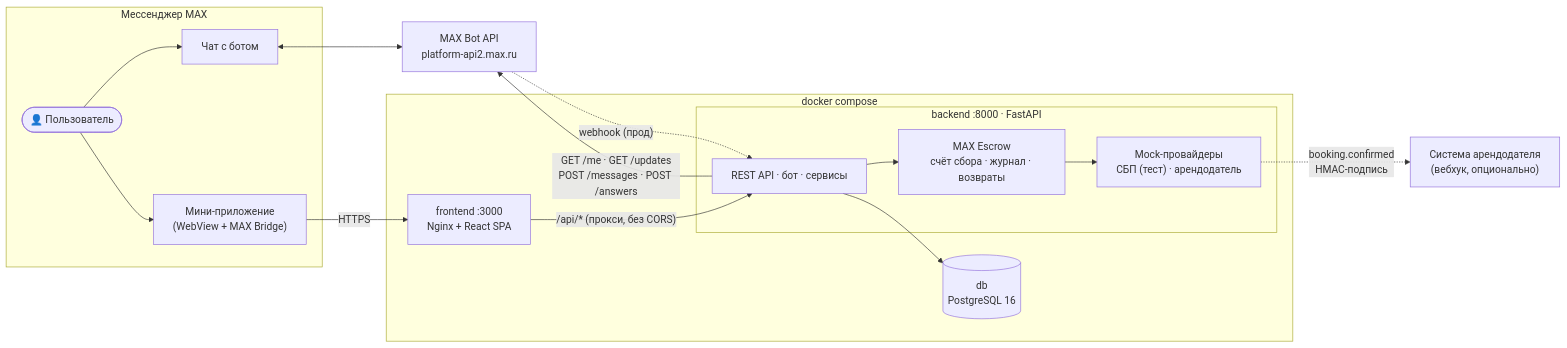
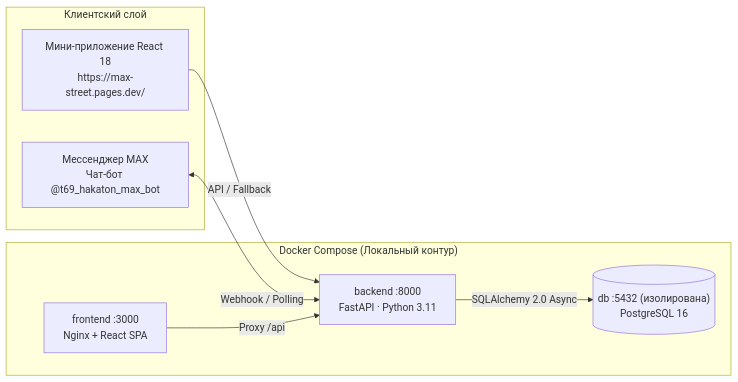
The diagram in README.md (Fufuraziy/max_street), drawn with Mermaid before and after one commit. The commit also changed other lines of this file and 12 other files, not shown here.

````diff
--- a/README.md
+++ b/README.md
@@ -133,30 +46,18 @@
 ```mermaid
 flowchart LR
-    subgraph MAX["Мессенджер MAX"]
-        U(["👤 Пользователь"])
-        CHAT["Чат с ботом"]
-        WV["Мини-приложение<br/>(WebView + MAX Bridge)"]
+    subgraph Client["Клиентский слой"]
+        MAX["Мессенджер MAX<br/>Чат-бот @t69_hakaton_max_bot"]
+        WEB["Мини-приложение React 18<br/>https://max-street.pages.dev/"]
     end
-    API["MAX Bot API<br/>platform-api2.max.ru"]
-    subgraph DC["docker compose"]
+
+    subgraph Compose["Docker Compose (Локальный контур)"]
         FE["frontend :3000<br/>Nginx + React SPA"]
-        subgraph BE["backend :8000 · FastAPI"]
-            SVC["REST API · бот · сервисы"]
-            ESC["MAX Escrow<br/>счёт сбора · журнал · возвраты"]
-            MOCK["Mock-провайдеры<br/>СБП (тест) · арендодатель"]
-        end
-        DB[("db<br/>PostgreSQL 16")]
+        BE["backend :8000<br/>FastAPI · Python 3.11"]
+        DB[("db :5432 (изолирована)<br/>PostgreSQL 16")]
     end
-    LAND["Система арендодателя<br/>(вебхук, опционально)"]
-    U --> CHAT
-    U --> WV
-    CHAT <--> API
-    SVC -- "GET /me · GET /updates<br/>POST /messages · POST /answers" --> API
-    API -. "webhook (прод)" .-> SVC
-    WV -- "HTTPS" --> FE
-    FE -- "/api/* (прокси, без CORS)" --> SVC
-    SVC --> ESC
-    ESC --> MOCK
-    MOCK -. "booking.confirmed<br/>HMAC-подпись" .-> LAND
-    SVC --> DB
+
+    WEB -->|API / Fallback| BE
+    MAX <-->|Webhook / Polling| BE
+    FE -->|Proxy /api| BE
+    BE -->|SQLAlchemy 2.0 Async| DB
 ```
````
